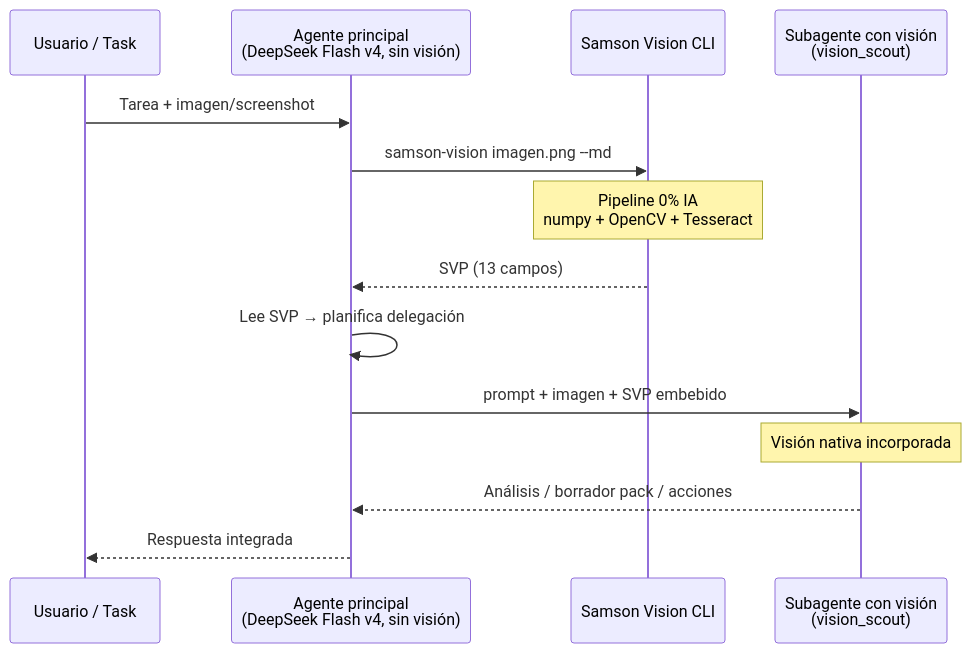
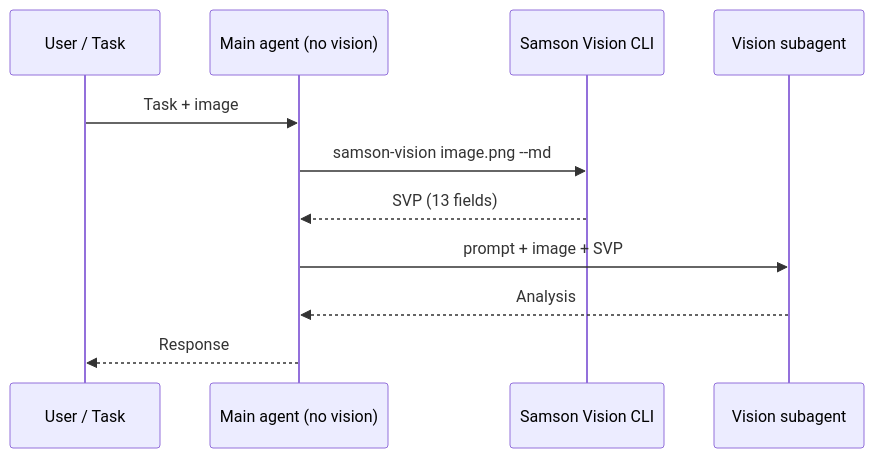
One commit to TonyRiera/samson-vision changed the diagram in README.md. Above: the diagram before and after it, drawn with Mermaid. The commit also changed other lines of this file and 22 other files, not shown here.

First line of the commit message:
release: Samson Vision v0.3.0 credibility release

````diff
--- a/README.md
+++ b/README.md
@@ -106,17 +91,14 @@
 ```mermaid
 sequenceDiagram
-    participant U as Usuario / Task
-    participant M as Agente principal<br/>(DeepSeek Flash v4, sin visión)
+    participant U as User / Task
+    participant M as Main agent (no vision)
     participant SV as Samson Vision CLI
-    participant V as Subagente con visión<br/>(vision_scout)
+    participant V as Vision subagent
 
-    U->>M: Tarea + imagen/screenshot
-    M->>SV: samson-vision imagen.png --md
-    Note over SV: Pipeline 0% IA<br/>numpy + OpenCV + Tesseract
-    SV-->>M: SVP (13 campos)
-    M->>M: Lee SVP → planifica delegación
-    M->>V: prompt + imagen + SVP embebido
-    Note over V: Visión nativa incorporada
-    V-->>M: Análisis / borrador pack / acciones
-    M-->>U: Respuesta integrada
+    U->>M: Task + image
+    M->>SV: samson-vision image.png --md
+    SV-->>M: SVP (13 fields)
+    M->>V: prompt + image + SVP
+    V-->>M: Analysis
+    M-->>U: Response
 ```
````
